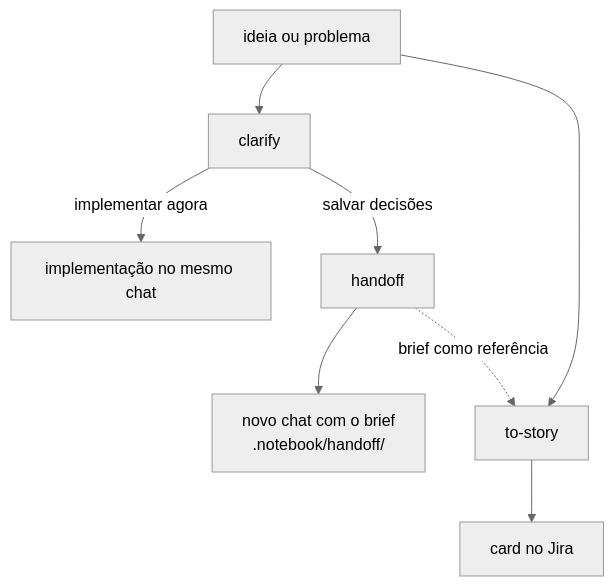
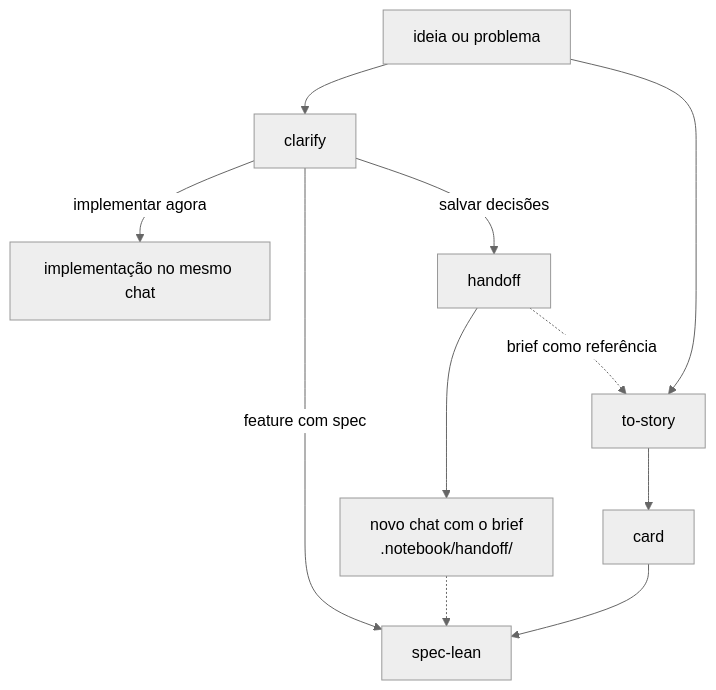
Before and after one commit to leaofelipe/ia-stuff: the diagram in README.md, drawn with Mermaid (neutral theme). The commit also changed other lines of this file and 16 other files, not shown here.

Commit message:
Add spec-lean, forked from Tech Leads Club, and drop AGENTS.md lookups from to-story.

````diff
--- a/README.md
+++ b/README.md
@@ -27,10 +38,13 @@
 ```mermaid
 flowchart TD
     ideia[ideia ou problema] --> clarify
     ideia --> story[to-story]
     clarify -->|implementar agora| impl[implementação no mesmo chat]
+    clarify -->|feature com spec| spec[spec-lean]
     clarify -->|salvar decisões| handoff
     handoff --> novo["novo chat com o brief<br/>.notebook/handoff/"]
+    novo -.-> spec
     handoff -.->|brief como referência| story
-    story --> jira[card no Jira]
+    story --> jira[card]
+    jira --> spec
 ```
````
